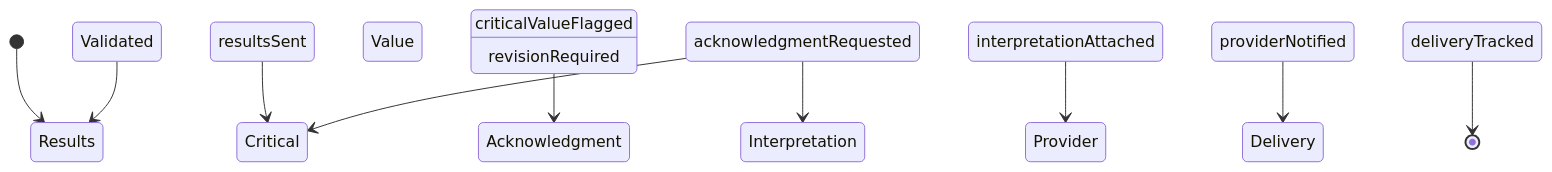
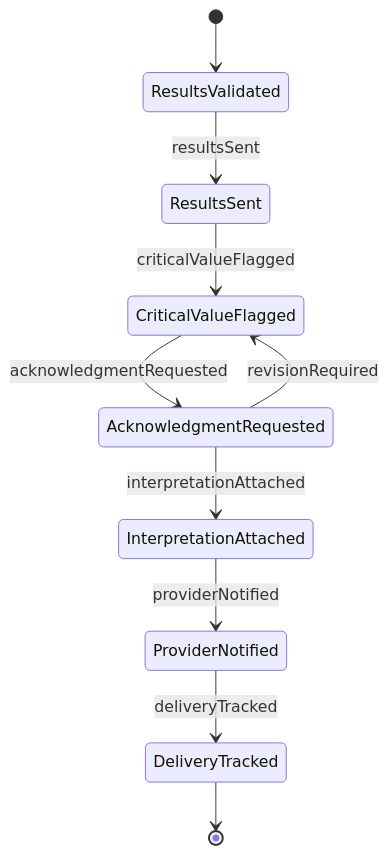
Before and after one commit to dot-org-ai/tasks.org.ai: the second of 4 diagrams in CommunicatingWithSupervisorsPeersOrSubordinates/ConferWithHealthcareOrOtherProfessionalsAboutPatientCare/CommunicateTestAssessmentResultsMedical.mdx, drawn with Mermaid. The commit also changed other lines of this file and 515 other files, not shown here.

````diff
--- a/CommunicatingWithSupervisorsPeersOrSubordinates/ConferWithHealthcareOrOtherProfessionalsAboutPatientCare/CommunicateTestAssessmentResultsMedical.mdx
+++ b/CommunicatingWithSupervisorsPeersOrSubordinates/ConferWithHealthcareOrOtherProfessionalsAboutPatientCare/CommunicateTestAssessmentResultsMedical.mdx
@@ -99,12 +99,12 @@
 ```mermaid
 stateDiagram-v2
-    [*] --> Results Validated
-    Results Validated --> Results Sent : resultsSent
-    Results Sent --> Critical Value Flagged : criticalValueFlagged
-    Critical Value Flagged --> Acknowledgment Requested : acknowledgmentRequested
-    Acknowledgment Requested --> Interpretation Attached : interpretationAttached
-    Interpretation Attached --> Provider Notified : providerNotified
-    Provider Notified --> Delivery Tracked : deliveryTracked
-    Acknowledgment Requested --> Critical Value Flagged : revisionRequired
-    Delivery Tracked --> [*]
+    [*] --> ResultsValidated
+    ResultsValidated --> ResultsSent : resultsSent
+    ResultsSent --> CriticalValueFlagged : criticalValueFlagged
+    CriticalValueFlagged --> AcknowledgmentRequested : acknowledgmentRequested
+    AcknowledgmentRequested --> InterpretationAttached : interpretationAttached
+    InterpretationAttached --> ProviderNotified : providerNotified
+    ProviderNotified --> DeliveryTracked : deliveryTracked
+    AcknowledgmentRequested --> CriticalValueFlagged : revisionRequired
+    DeliveryTracked --> [*]
 ```
````
